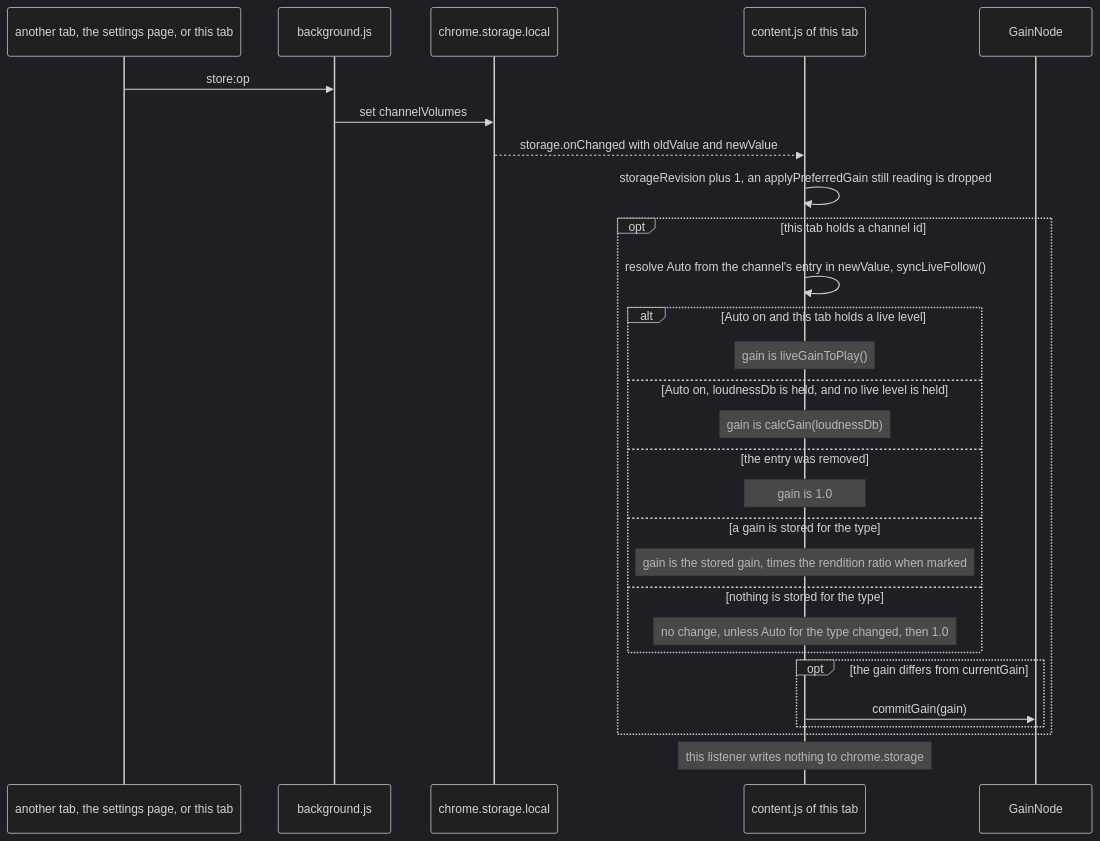
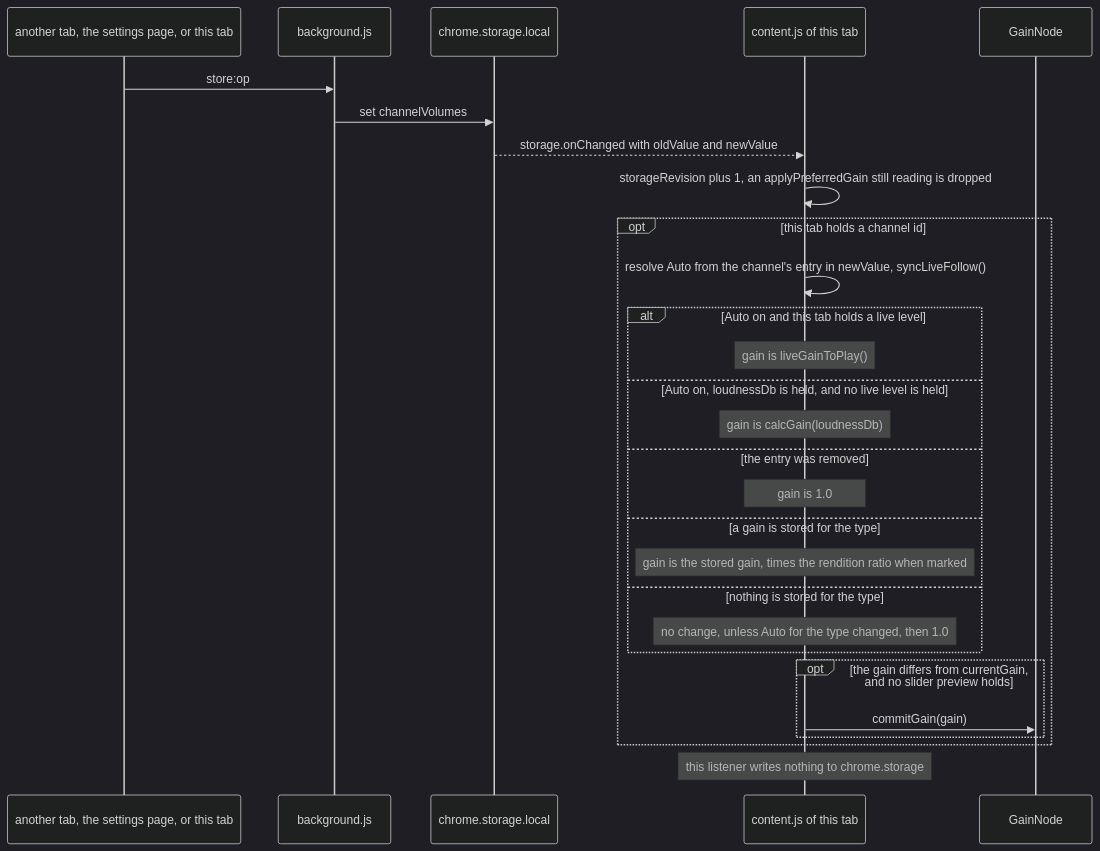
One commit to semnil/yt-channel-volume changed diagram 12 of 14 in docs/gain-change-and-save.md. Above: the diagram before and after it, drawn with Mermaid (dark theme). The commit also changed other lines of this file and 5 other files, not shown here.

````diff
--- a/docs/gain-change-and-save.md
+++ b/docs/gain-change-and-save.md
@@ -574,30 +583,30 @@
 ```mermaid
 sequenceDiagram
   participant T as another tab, the settings page, or this tab
   participant W as background.js
   participant S as chrome.storage.local
   participant C as content.js of this tab
   participant G as GainNode
   T->>W: store:op
   W->>S: set channelVolumes
   S-->>C: storage.onChanged with oldValue and newValue
   C->>C: storageRevision plus 1, an applyPreferredGain still reading is dropped
   opt this tab holds a channel id
     C->>C: resolve Auto from the channel's entry in newValue, syncLiveFollow()
     alt Auto on and this tab holds a live level
       Note over C: gain is liveGainToPlay()
     else Auto on, loudnessDb is held, and no live level is held
       Note over C: gain is calcGain(loudnessDb)
     else the entry was removed
       Note over C: gain is 1.0
     else a gain is stored for the type
       Note over C: gain is the stored gain, times the rendition ratio when marked
     else nothing is stored for the type
       Note over C: no change, unless Auto for the type changed, then 1.0
     end
-    opt the gain differs from currentGain
+    opt the gain differs from currentGain, and no slider preview holds
       C->>G: commitGain(gain)
     end
   end
   Note over C: this listener writes nothing to chrome.storage
 ```
````
